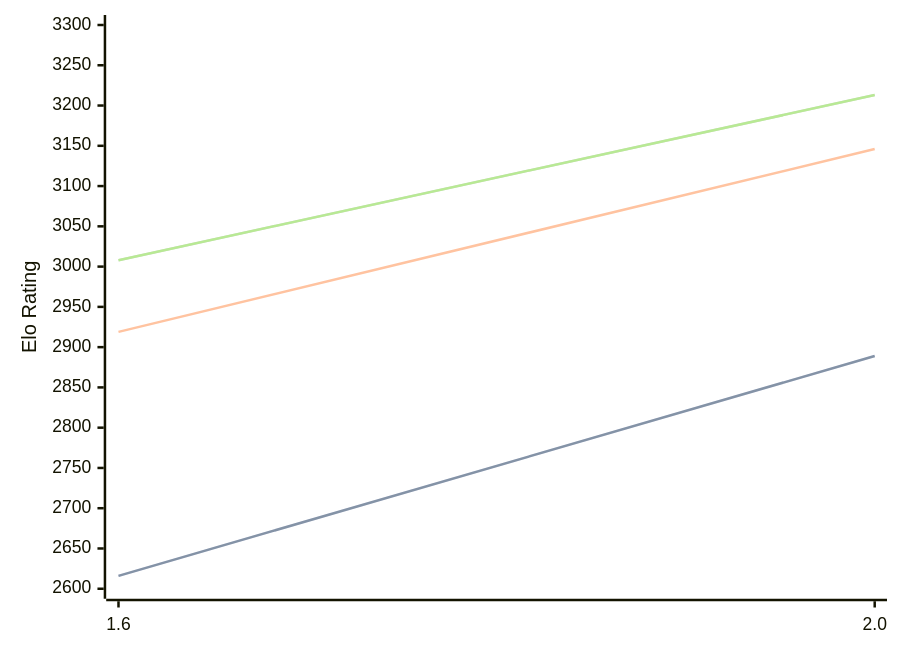
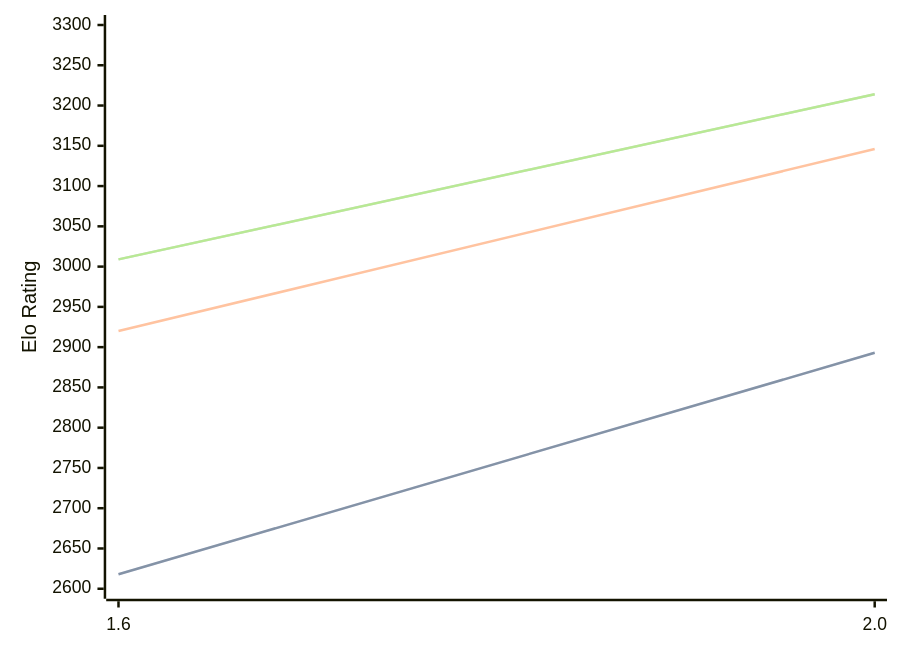
Before and after one commit to computer-chess-index/cci: the diagram in engines/Onyx.md, drawn with Mermaid. The commit also changed other lines of this file, not shown here.

Commit message:
Update CCI Ratings (ELO VLTC) - 2026-07-23

````diff
--- a/engines/Onyx.md
+++ b/engines/Onyx.md
@@ -32,11 +32,11 @@
 ```mermaid
 %%{init: {"theme":"base","themeVariables":{"seriesColors:['#a3a3a3','#222221','#faa371']}}}%%
 xychart-beta
   x-axis ["1.6", "2.0"]
   y-axis "Elo Rating" 2600 --> 3300
-  line "STC (8.0+0.08s)" [2616, 2889]
-  line "STC (8.0+0.08s)" [2616, 2889]
-  line "LTC (60.0+0.60s)" [2919, 3146]
-  line "VLTC (2m24s+1.12s)" [3008, 3213]
-  line "VLTC (2m24s+1.12s)" [3008, 3213]
+  line "STC (8.0+0.08s)" [2618, 2893]
+  line "STC (8.0+0.08s)" [2618, 2893]
+  line "LTC (60.0+0.60s)" [2920, 3146]
+  line "VLTC (2m24s+1.12s)" [3009, 3214]
+  line "VLTC (2m24s+1.12s)" [3009, 3214]
 ```
````
